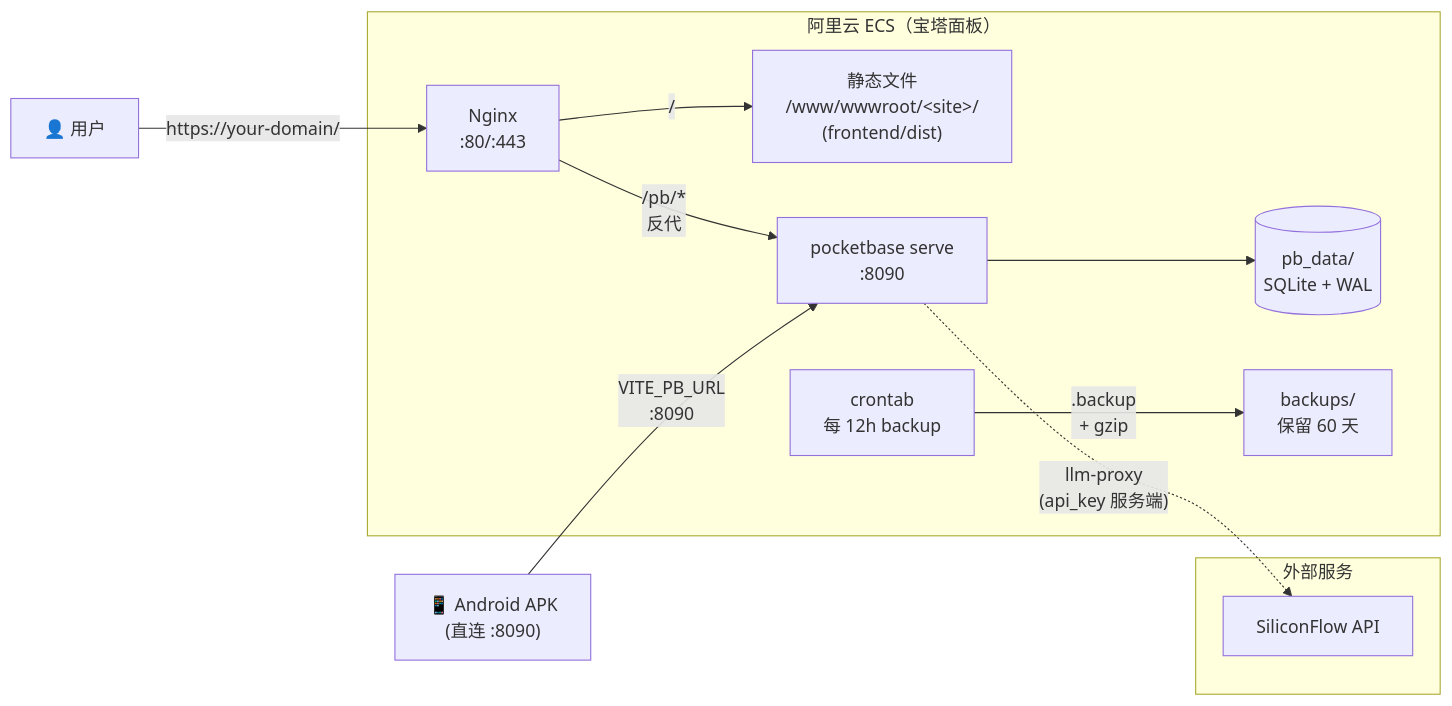
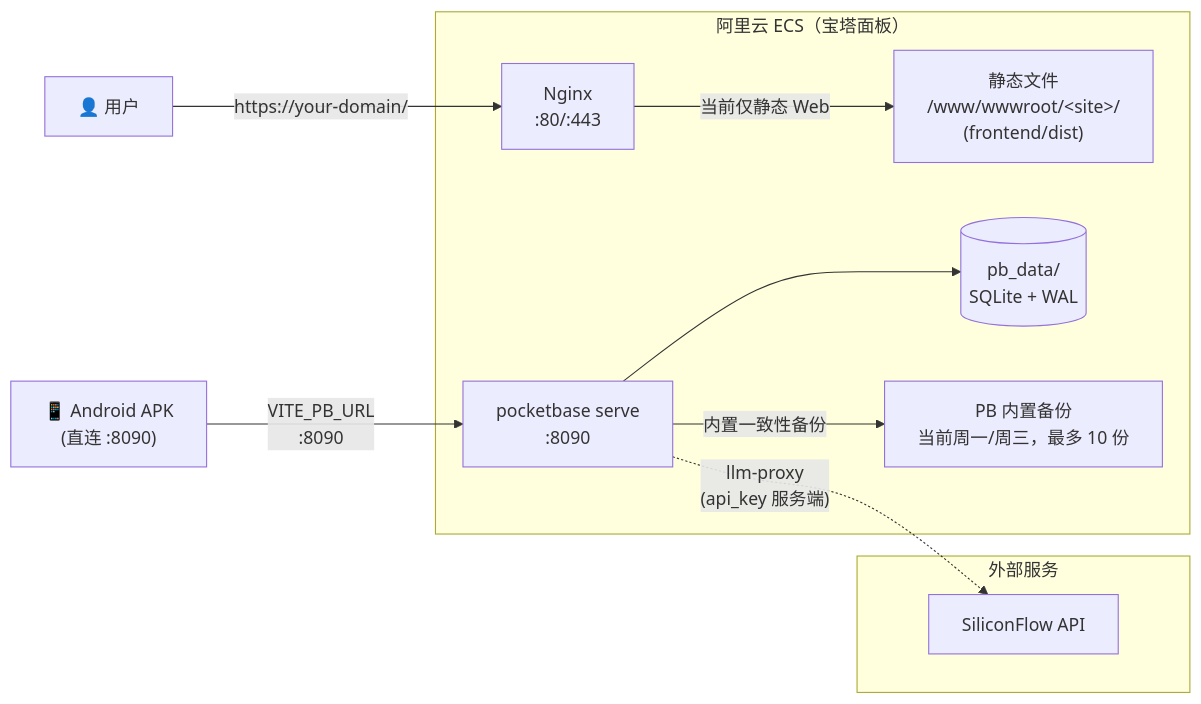
The third of 4 diagrams in README.md (gaaiyun/engineering-pms), drawn with Mermaid before and after one commit. The commit also changed other lines of this file and 8 other files, not shown here.

````diff
--- a/README.md
+++ b/README.md
@@ -106,27 +108,25 @@
 ```mermaid
 flowchart LR
     User["👤 用户"]
 
     subgraph 阿里云ECS["阿里云 ECS（宝塔面板）"]
         Nginx["Nginx<br/>:80/:443"]
         Static["静态文件<br/>/www/wwwroot/&lt;site&gt;/<br/>(frontend/dist)"]
         PB["pocketbase serve<br/>:8090"]
         DB[("pb_data/<br/>SQLite + WAL")]
-        Cron["crontab<br/>每 12h backup"]
-        Backup["backups/<br/>保留 60 天"]
+        Backup["PB 内置备份<br/>当前周一/周三，最多 10 份"]
     end
 
     subgraph 外部["外部服务"]
         SiliconFlow["SiliconFlow API"]
     end
 
     Android["📱 Android APK<br/>(直连 :8090)"]
 
     User -->|"https://your-domain/"| Nginx
-    Nginx -->|"/"| Static
-    Nginx -->|"/pb/*<br/>反代"| PB
+    Nginx -->|"当前仅静态 Web"| Static
     Android -->|"VITE_PB_URL<br/>:8090"| PB
     PB --> DB
-    Cron -->|".backup<br/>+ gzip"| Backup
+    PB -->|"内置一致性备份"| Backup
     PB -. "llm-proxy<br/>(api_key 服务端)" .-> SiliconFlow
 ```
````
